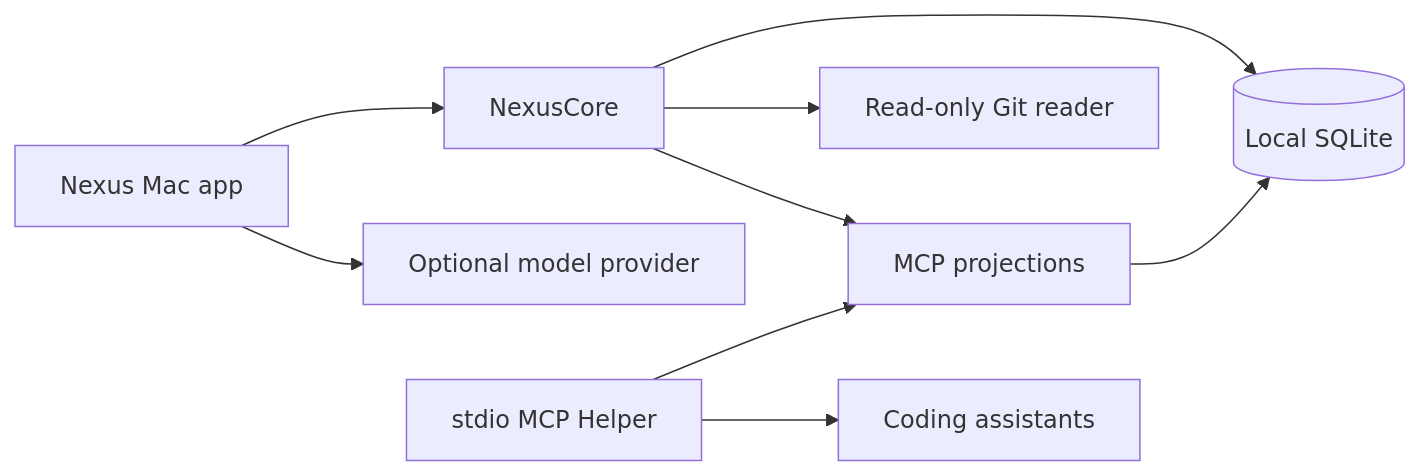
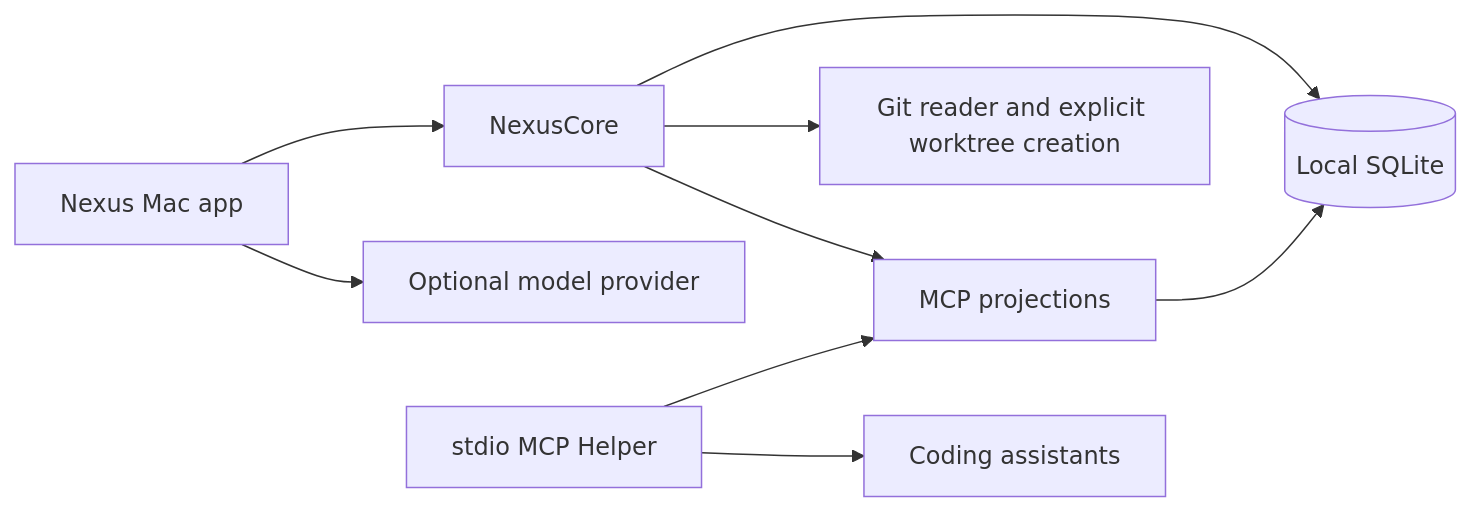
Before and after one commit to NoraSoong/Nexus: the diagram in docs/architecture.md, drawn with Mermaid. The commit also changed other lines of this file and 37 other files, not shown here.

````diff
--- a/docs/architecture.md
+++ b/docs/architecture.md
@@ -5,11 +5,11 @@
 ```mermaid
 flowchart LR
     App["Nexus Mac app"] --> Core["NexusCore"]
     App --> Models["Optional model provider"]
     Core --> Store[("Local SQLite")]
-    Core --> Git["Read-only Git reader"]
+    Core --> Git["Git reader and explicit worktree creation"]
     Core --> Projection["MCP projections"]
     Projection --> Store
     Helper["stdio MCP Helper"] --> Projection
     Helper --> Assistants["Coding assistants"]
 ```
````
